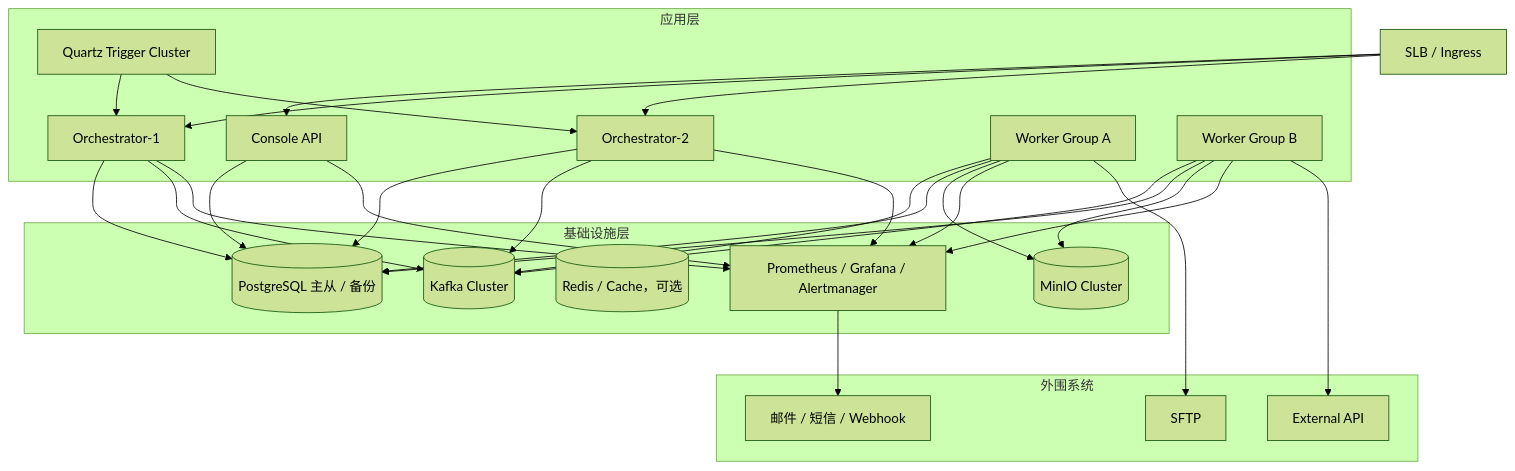
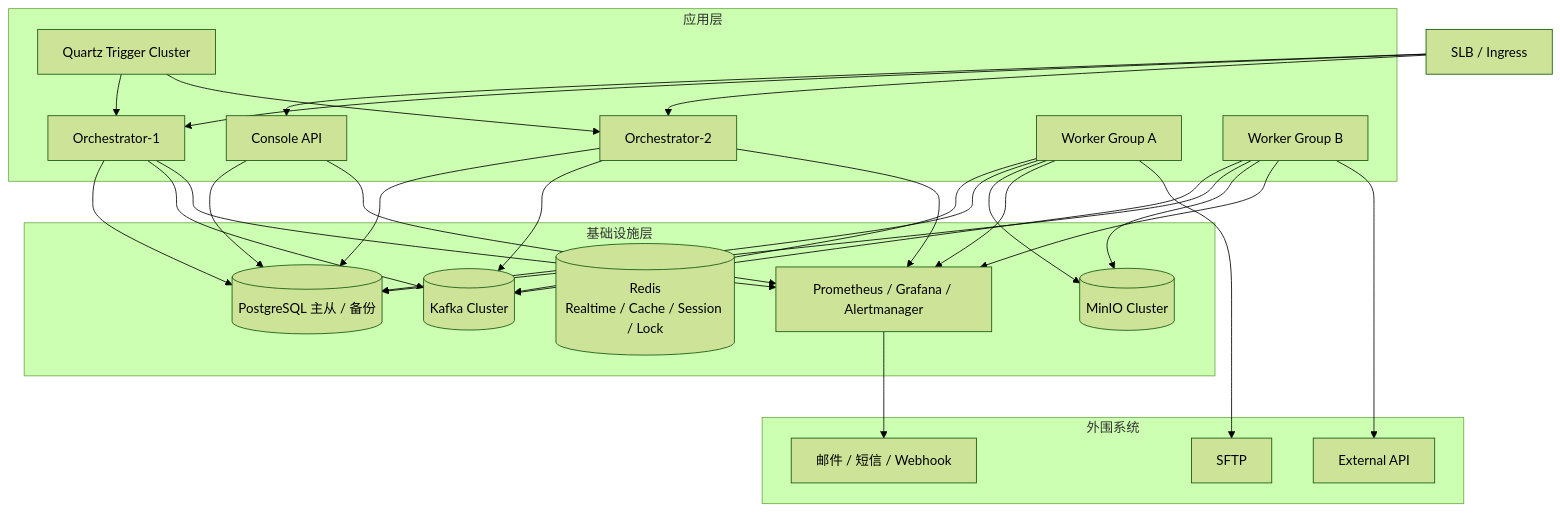
The fifth of 21 diagrams in docs/批量调度系统设计说明.md (pinpols/file-batch-system), drawn with Mermaid (forest theme) before and after one commit. The commit also changed other lines of this file and 12 other files, not shown here.

````diff
--- a/docs/批量调度系统设计说明.md
+++ b/docs/批量调度系统设计说明.md
@@ -272,52 +272,52 @@
 ```mermaid
 flowchart TB
     lb[SLB / Ingress]
 
     subgraph app[应用层]
         console[Console API]
         orch1[Orchestrator-1]
         orch2[Orchestrator-2]
         trigger[Quartz Trigger Cluster]
         worker1[Worker Group A]
         worker2[Worker Group B]
     end
 
     subgraph infra[基础设施层]
         pg[(PostgreSQL 主从 / 备份)]
         kafka[(Kafka Cluster)]
-        redis[(Redis / Cache，可选)]
+        redis[(Redis<br/>Realtime / Cache / Session / Lock)]
         minio[(MinIO Cluster)]
         obs[Prometheus / Grafana / Alertmanager]
     end
 
     subgraph ext[外围系统]
         sftp[SFTP]
         api[External API]
         mail[邮件 / 短信 / Webhook]
     end
 
     lb --> console
     lb --> orch1
     lb --> orch2
     trigger --> orch1
     trigger --> orch2
     orch1 --> pg
     orch2 --> pg
     orch1 --> kafka
     orch2 --> kafka
     worker1 --> kafka
     worker2 --> kafka
     worker1 --> pg
     worker2 --> pg
     worker1 --> minio
     worker2 --> minio
     console --> pg
     console --> obs
     orch1 --> obs
     orch2 --> obs
     worker1 --> obs
     worker2 --> obs
     worker1 --> sftp
     worker2 --> api
     obs --> mail
 ```
````
